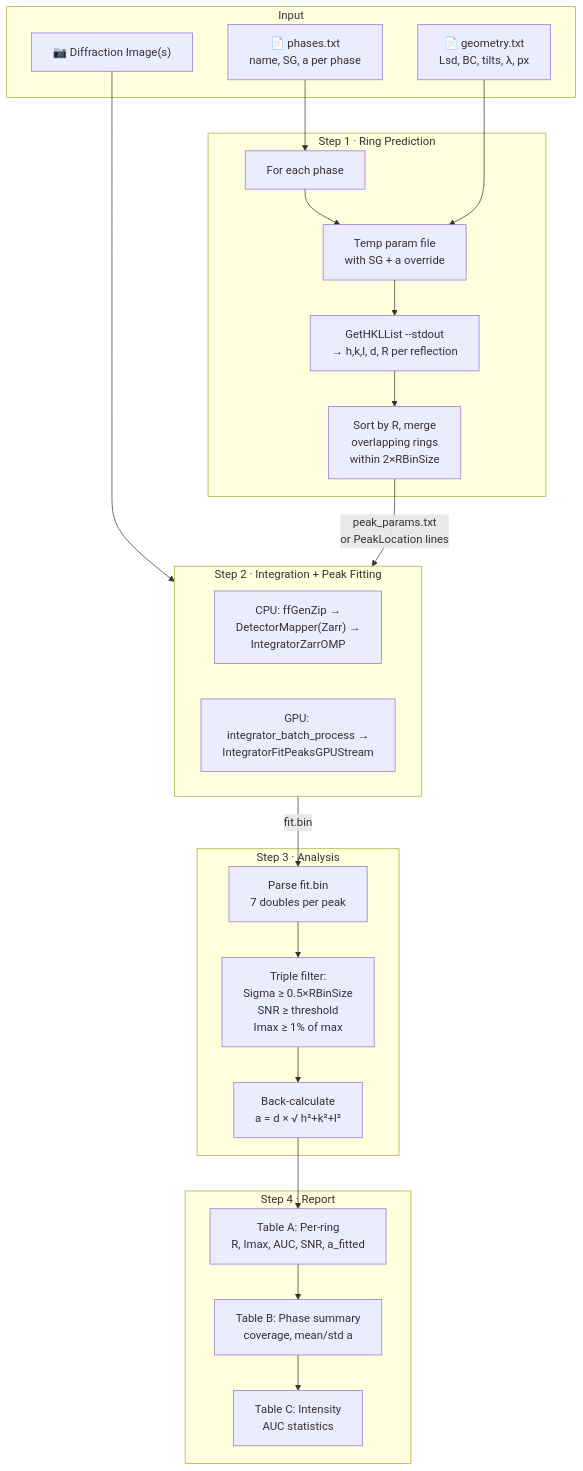
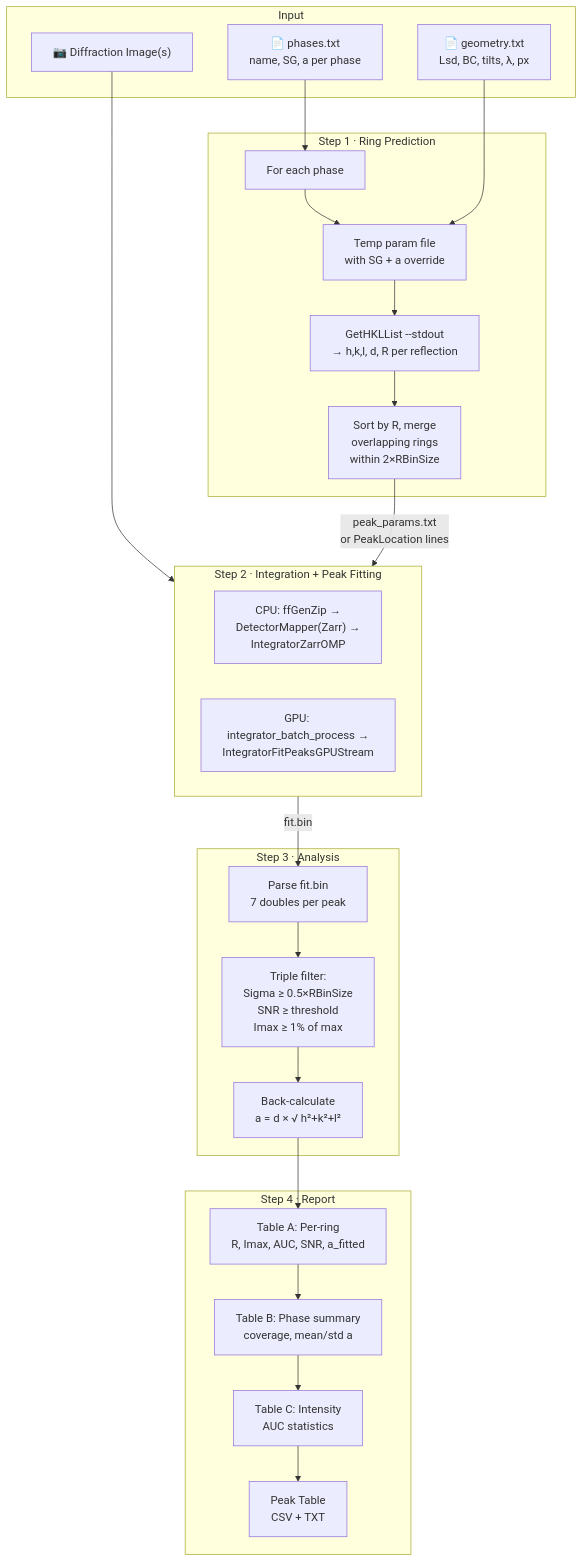
One commit to marinerhemant/MIDAS changed the diagram in manuals/FF_Phase_Identification.md. Above: the diagram before and after it, drawn with Mermaid. The commit also changed other lines of this file and 3 other files, not shown here.

First line of the commit message:
phase_id: add combined peak table output (CSV + TXT)

````diff
--- a/manuals/FF_Phase_Identification.md
+++ b/manuals/FF_Phase_Identification.md
@@ -18,43 +18,44 @@
 ```mermaid
 flowchart TD
     subgraph Input
         IMG["📷 Diffraction Image(s)"]
         GEOM["📄 geometry.txt<br/>Lsd, BC, tilts, λ, px"]
         PHASES["📄 phases.txt<br/>name, SG, a per phase"]
     end
 
     subgraph S1["Step 1 · Ring Prediction"]
         LOOP["For each phase"]
         TMP["Temp param file<br/>with SG + a override"]
         HKL["GetHKLList --stdout<br/>→ h,k,l, d, R per reflection"]
         DEDUP["Sort by R, merge<br/>overlapping rings<br/>within 2×RBinSize"]
     end
 
     PHASES --> LOOP --> TMP --> HKL --> DEDUP
     GEOM --> TMP
 
     subgraph S2["Step 2 · Integration + Peak Fitting"]
         direction LR
         CPU["CPU: ffGenZip →<br/>DetectorMapper(Zarr) →<br/>IntegratorZarrOMP"]
         GPU["GPU: integrator_batch_process →<br/>IntegratorFitPeaksGPUStream"]
     end
 
     IMG --> S2
     DEDUP -->|"peak_params.txt<br/>or PeakLocation lines"| S2
 
     subgraph S3["Step 3 · Analysis"]
         PARSE["Parse fit.bin<br/>7 doubles per peak"]
         FILTER["Triple filter:<br/>Sigma ≥ 0.5×RBinSize<br/>SNR ≥ threshold<br/>Imax ≥ 1% of max"]
         CALC["Back-calculate<br/>a = d × √ h²+k²+l² "]
     end
 
     S2 -->|"fit.bin"| PARSE --> FILTER --> CALC
 
     subgraph S4["Step 4 · Report"]
         T1["Table A: Per-ring<br/>R, Imax, AUC, SNR, a_fitted"]
         T2["Table B: Phase summary<br/>coverage, mean/std a"]
         T3["Table C: Intensity<br/>AUC statistics"]
+        T4["Peak Table<br/>CSV + TXT"]
     end
 
-    CALC --> T1 --> T2 --> T3
+    CALC --> T1 --> T2 --> T3 --> T4
 ```
````
